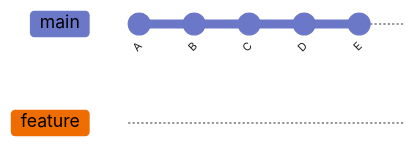
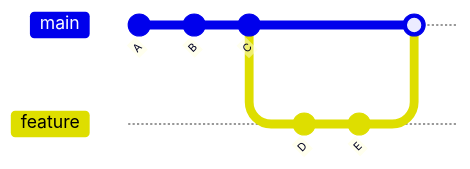
Before and after one commit to phuongbv00/fsa-fr-java-jsks: the second of 3 diagrams in docs/fnd/git-fundamentals.md, drawn with Mermaid. The commit also changed other lines of this file and 60 other files, not shown here.

````diff
--- a/docs/fnd/git-fundamentals.md
+++ b/docs/fnd/git-fundamentals.md
@@ -211,10 +170,11 @@
 ```mermaid
-%%{init: {"themeVariables": {"git0":"#6b78c8","git1":"#ef6c00","gitBranchLabel0":"#000000","gitBranchLabel1":"#000000","commitLabelColor":"#1a1a1f","commitLabelBackground":"#ffffff"}}}%%
 gitGraph
     commit id: "A"
     commit id: "B"
     commit id: "C"
+    branch feature
     commit id: "D"
     commit id: "E"
-    branch feature
+    checkout main
+    merge feature
 ```
````
